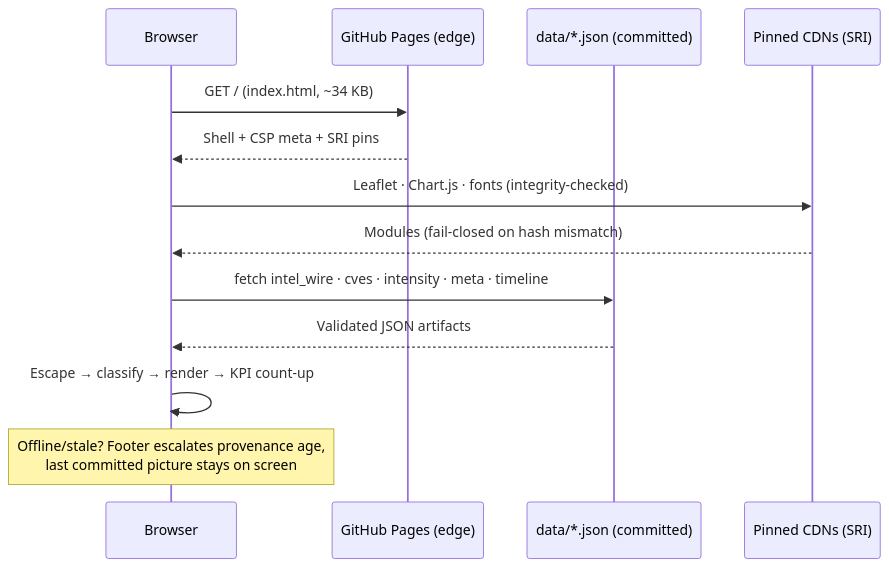
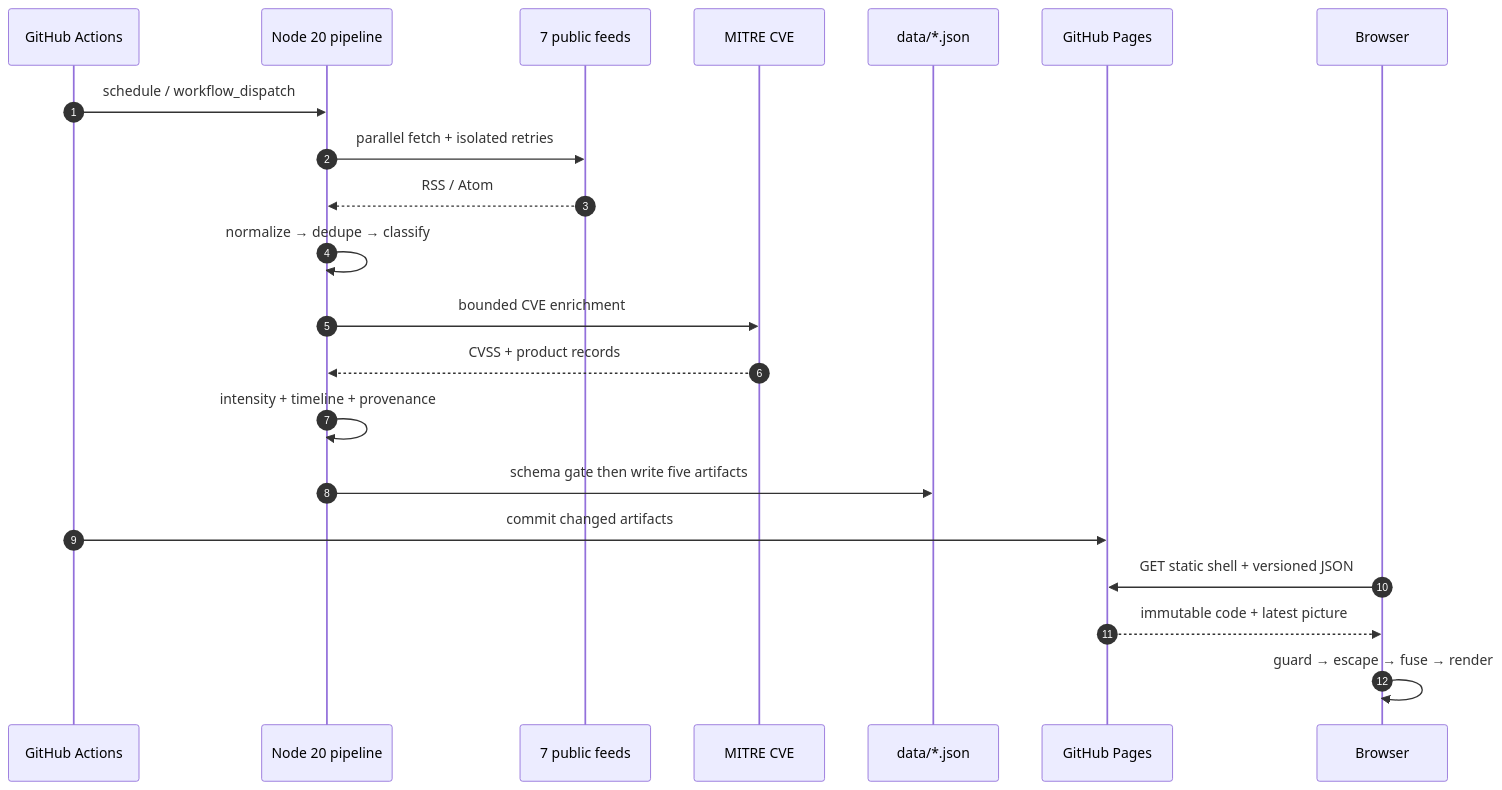
Before and after one commit to YASLOGIST/yaslogist-intelligence: the third of 3 diagrams in README.md, drawn with Mermaid. The commit also changed other lines of this file and 5 other files, not shown here.

````diff
--- a/README.md
+++ b/README.md
@@ -109,16 +178,24 @@
 ```mermaid
 sequenceDiagram
+    autonumber
+    participant G as GitHub Actions
+    participant P as Node 20 pipeline
+    participant S as 7 public feeds
+    participant M as MITRE CVE
+    participant D as data/*.json
+    participant E as GitHub Pages
     participant B as Browser
-    participant P as GitHub Pages (edge)
-    participant D as data/*.json (committed)
-    participant C as Pinned CDNs (SRI)
 
-    B->>P: GET / (index.html, ~34 KB)
-    P-->>B: Shell + CSP meta + SRI pins
-    B->>C: Leaflet · Chart.js · fonts (integrity-checked)
-    C-->>B: Modules (fail-closed on hash mismatch)
-    B->>D: fetch intel_wire · cves · intensity · meta · timeline
-    D-->>B: Validated JSON artifacts
-    B->>B: Escape → classify → render → KPI count-up
-    Note over B: Offline/stale? Footer escalates provenance age,<br/>last committed picture stays on screen
+    G->>P: schedule / workflow_dispatch
+    P->>S: parallel fetch + isolated retries
+    S-->>P: RSS / Atom
+    P->>P: normalize → dedupe → classify
+    P->>M: bounded CVE enrichment
+    M-->>P: CVSS + product records
+    P->>P: intensity + timeline + provenance
+    P->>D: schema gate then write five artifacts
+    G->>E: commit changed artifacts
+    B->>E: GET static shell + versioned JSON
+    E-->>B: immutable code + latest picture
+    B->>B: guard → escape → fuse → render
 ```
````
